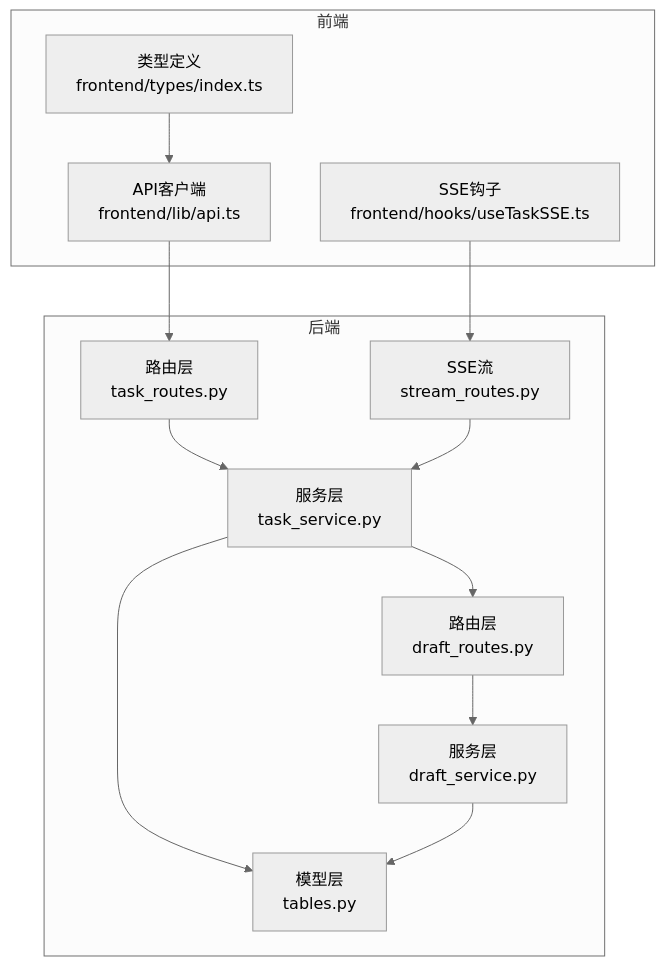
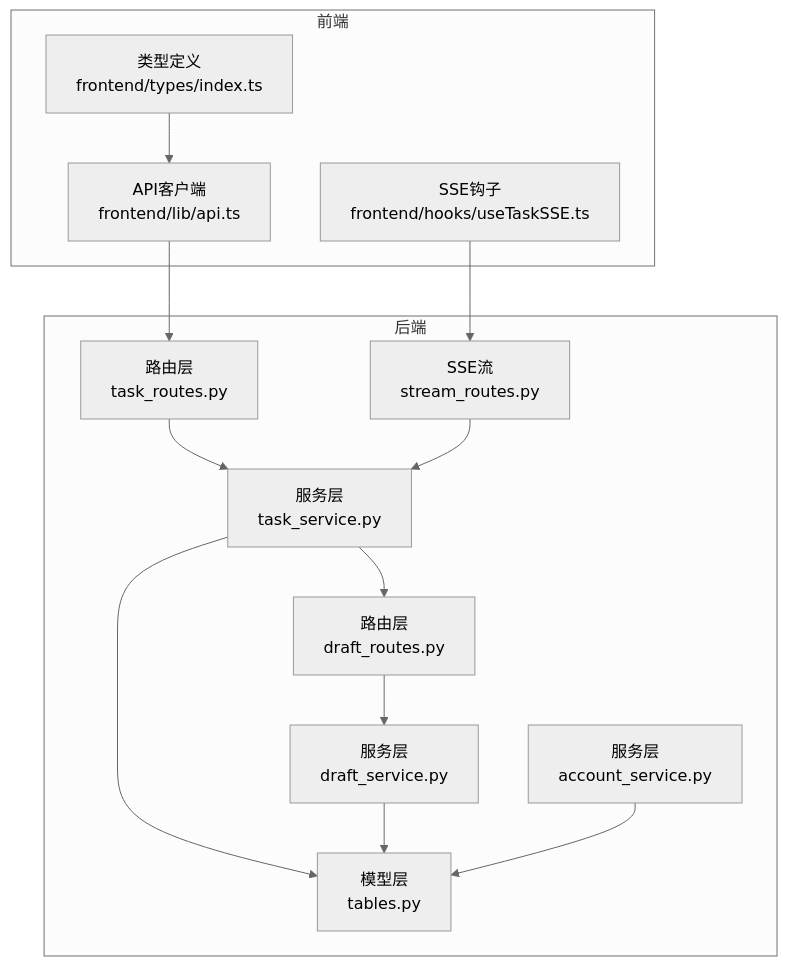
One commit to sansansansansan2022-web/hotclaw changed the first of 7 diagrams in .qoder/repowiki/zh/content/API接口文档/任务管理API.md. Above: the diagram before and after it, drawn with Mermaid (neutral theme). The commit also changed other lines of this file and 860 other files, not shown here.

````diff
--- a/.qoder/repowiki/zh/content/API接口文档/任务管理API.md
+++ b/.qoder/repowiki/zh/content/API接口文档/任务管理API.md
@@ -49,25 +53,27 @@
 ```mermaid
 graph TB
 subgraph "后端"
 R["路由层<br/>task_routes.py"]
-DS["路由层<br/>draft_routes.py"]
-S["服务层<br/>task_service.py"]
-DSS["服务层<br/>draft_service.py"]
+DR["路由层<br/>draft_routes.py"]
+TS["服务层<br/>task_service.py"]
+DS["服务层<br/>draft_service.py"]
+AS["服务层<br/>account_service.py"]
 M["模型层<br/>tables.py"]
 ST["SSE流<br/>stream_routes.py"]
 end
 subgraph "前端"
 FAPI["API客户端<br/>frontend/lib/api.ts"]
 FTYPES["类型定义<br/>frontend/types/index.ts"]
 FSSE["SSE钩子<br/>frontend/hooks/useTaskSSE.ts"]
 end
-R --> S
-DS --> DSS
-S --> M
-DSS --> M
-S --> DS
-ST --> S
+R --> TS
+DR --> DS
+TS --> M
+DS --> M
+AS --> M
+TS --> DR
+ST --> TS
 FAPI --> R
 FSSE --> ST
 FTYPES --> FAPI
 ```
````
